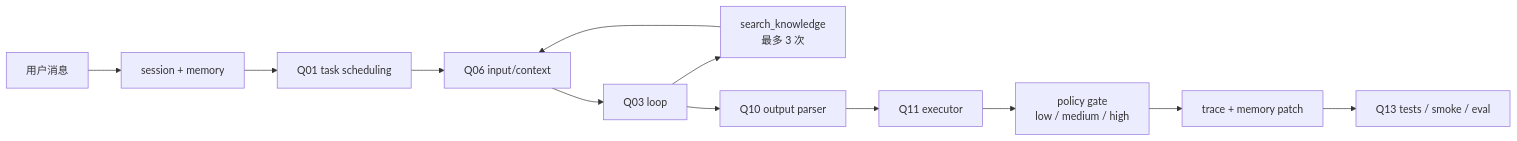
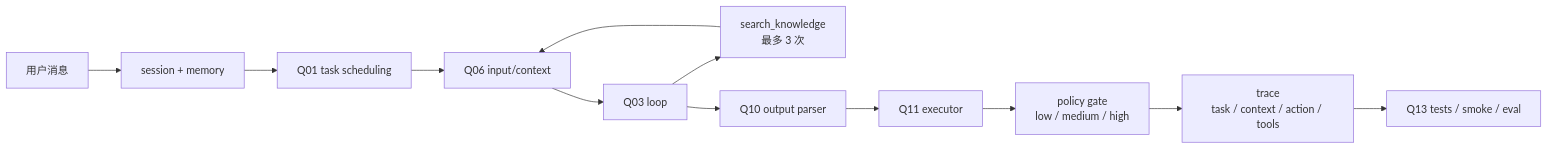
One commit to ImWenyaoT/chatty changed the second of 24 diagrams in docs/design.md. Above: the diagram before and after it, drawn with Mermaid. The commit also changed other lines of this file and 4 other files, not shown here.

````diff
--- a/docs/design.md
+++ b/docs/design.md
@@ -45,14 +45,14 @@
 ```mermaid
 flowchart LR
   User["用户消息"] --> Session["session + memory"]
   Session --> Scheduler["Q01 task scheduling"]
   Scheduler --> Context["Q06 input/context"]
   Context --> Loop["Q03 loop"]
   Loop --> Search["search_knowledge<br/>最多 3 次"]
   Search --> Context
   Loop --> Parser["Q10 output parser"]
   Parser --> Executor["Q11 executor"]
   Executor --> Policy["policy gate<br/>low / medium / high"]
-  Policy --> Trace["trace + memory patch"]
+  Policy --> Trace["trace<br/>task / context / action / tools"]
   Trace --> Eval["Q13 tests / smoke / eval"]
 ```
````
